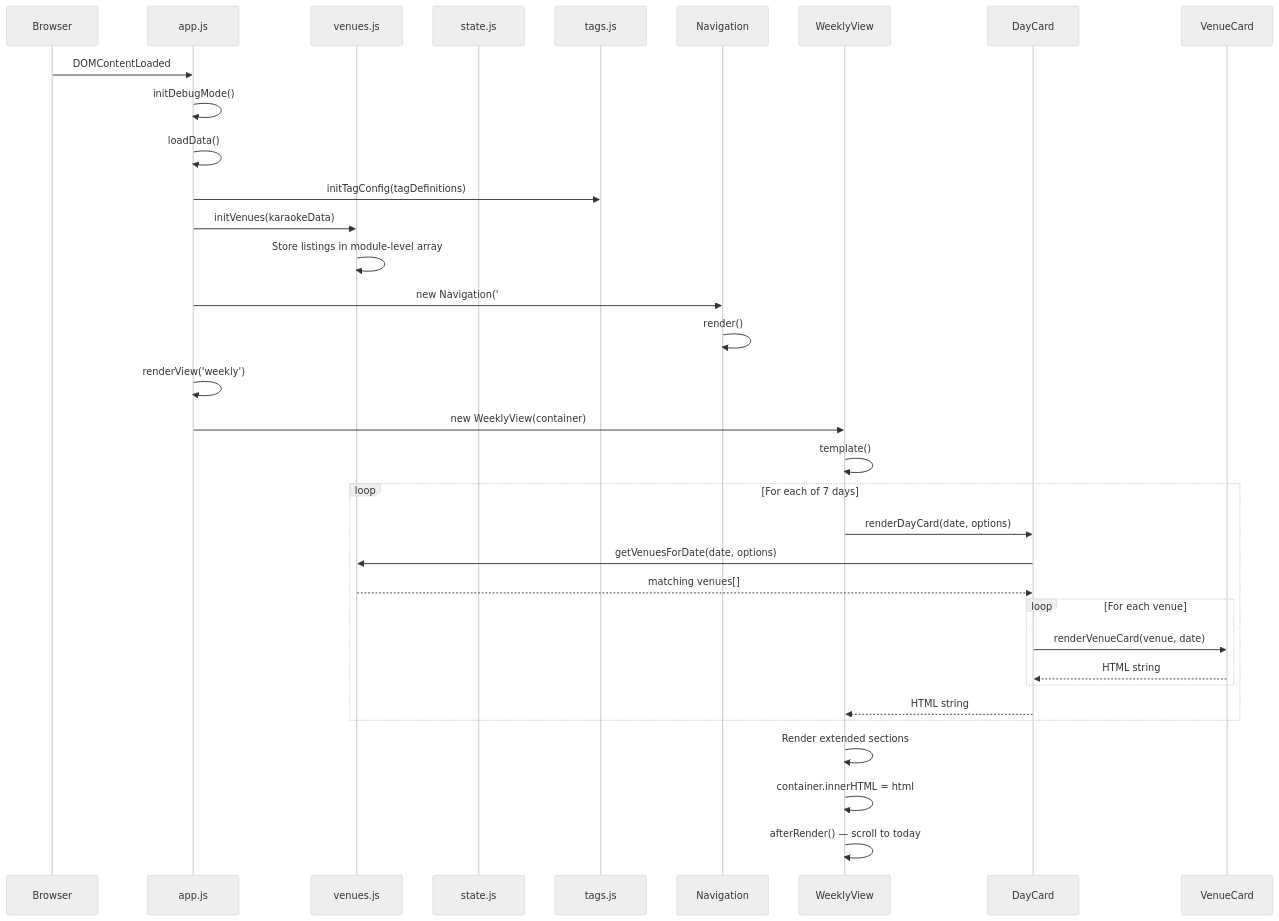
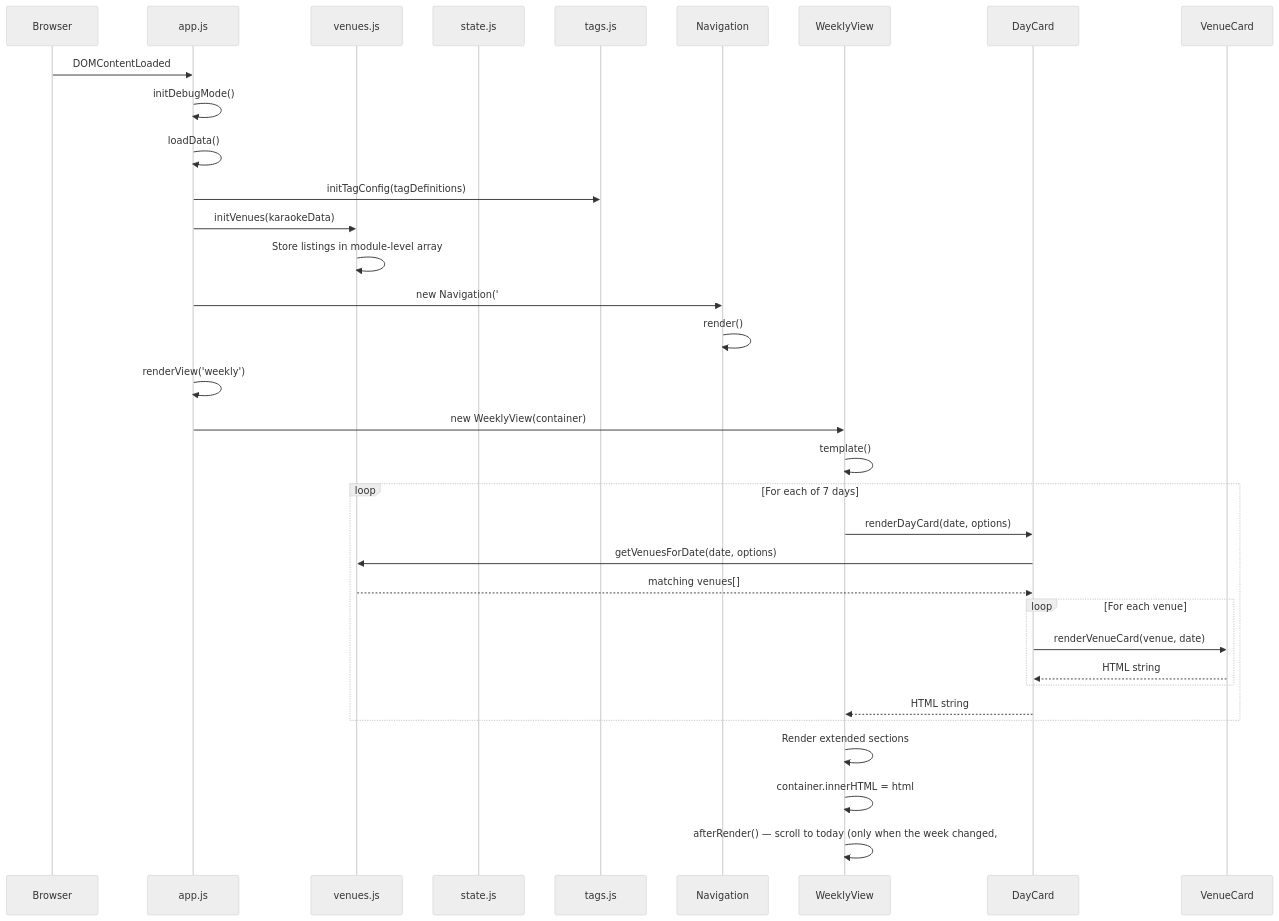
The third of 8 diagrams in docs/architecture.md (Johnesco/karaokedirectory), drawn with Mermaid (neutral theme) before and after one commit. The commit also changed 4 other files, not shown here.

First line of the commit message:
Scroll to today only when the viewed week changes (#400)

````diff
--- a/docs/architecture.md
+++ b/docs/architecture.md
@@ -252,43 +252,43 @@
 ```mermaid
 sequenceDiagram
     participant Browser
     participant app.js
     participant venues.js
     participant state.js
     participant tags.js
     participant Navigation
     participant WeeklyView
     participant DayCard
     participant VenueCard
 
     Browser->>app.js: DOMContentLoaded
     app.js->>app.js: initDebugMode()
     app.js->>app.js: loadData()
     app.js->>tags.js: initTagConfig(tagDefinitions)
     app.js->>venues.js: initVenues(karaokeData)
     venues.js->>venues.js: Store listings in module-level array
 
     app.js->>Navigation: new Navigation('#navigation')
     Navigation->>Navigation: render()
 
     app.js->>app.js: renderView('weekly')
     app.js->>WeeklyView: new WeeklyView(container)
     WeeklyView->>WeeklyView: template()
 
     loop For each of 7 days
         WeeklyView->>DayCard: renderDayCard(date, options)
         DayCard->>venues.js: getVenuesForDate(date, options)
         venues.js-->>DayCard: matching venues[]
 
         loop For each venue
             DayCard->>VenueCard: renderVenueCard(venue, date)
             VenueCard-->>DayCard: HTML string
         end
 
         DayCard-->>WeeklyView: HTML string
     end
 
     WeeklyView->>WeeklyView: Render extended sections
     WeeklyView->>WeeklyView: container.innerHTML = html
-    WeeklyView->>WeeklyView: afterRender() — scroll to today
+    WeeklyView->>WeeklyView: afterRender() — scroll to today (only when the week changed, #400)
 ```
````
